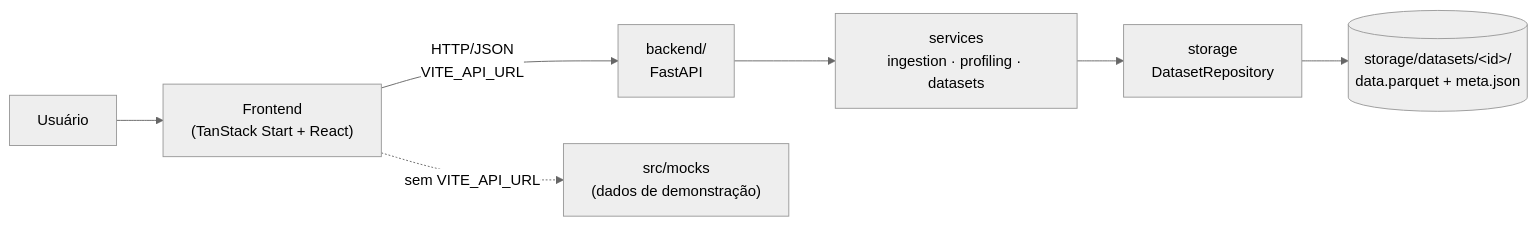
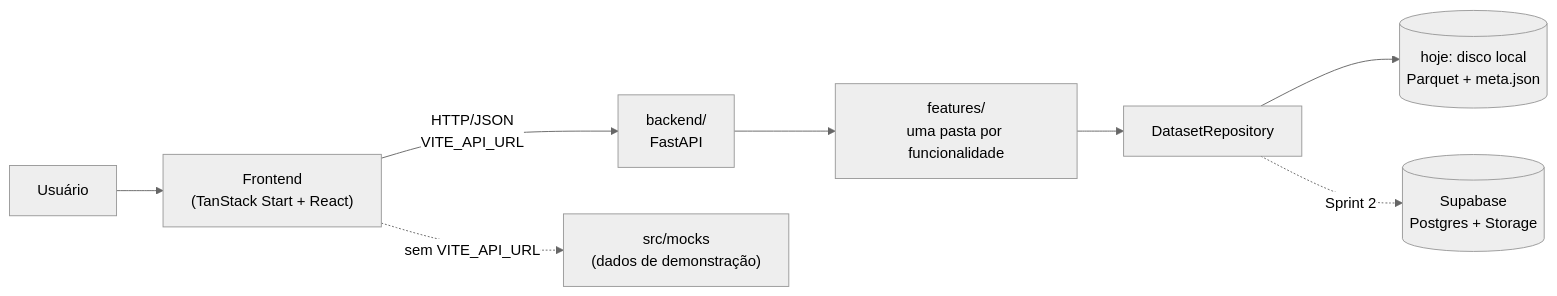
The diagram in docs/ARQUITETURA.md (vinigoezz/DataPulse), drawn with Mermaid (neutral theme) before and after one commit. The commit also changed other lines of this file and 74 other files, not shown here.

````diff
--- a/docs/ARQUITETURA.md
+++ b/docs/ARQUITETURA.md
@@ -5,9 +5,10 @@
 ```mermaid
 flowchart LR
     U[Usuário] --> FE["Frontend<br/>(TanStack Start + React)"]
     FE -- "HTTP/JSON<br/>VITE_API_URL" --> API["backend/<br/>FastAPI"]
     FE -. "sem VITE_API_URL" .-> MOCK["src/mocks<br/>(dados de demonstração)"]
-    API --> SVC["services<br/>ingestion · profiling · datasets"]
-    SVC --> REPO["storage<br/>DatasetRepository"]
-    REPO --> DISK[("storage/datasets/&lt;id&gt;/<br/>data.parquet + meta.json")]
+    API --> FEAT["features/<br/>uma pasta por funcionalidade"]
+    FEAT --> REPO["DatasetRepository"]
+    REPO --> DISK[("hoje: disco local<br/>Parquet + meta.json")]
+    REPO -. "Sprint 2" .-> SB[("Supabase<br/>Postgres + Storage")]
 ```
````
